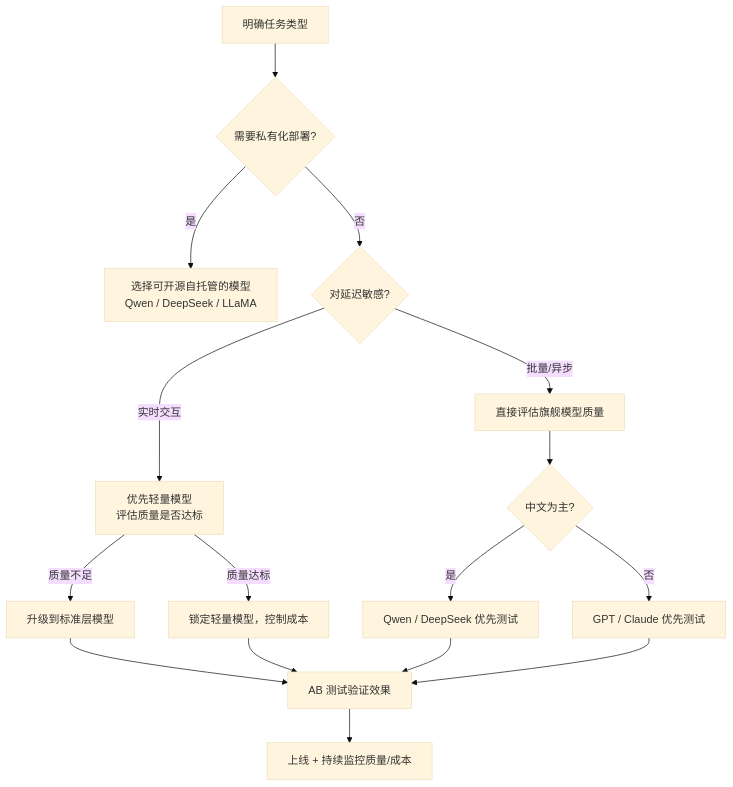
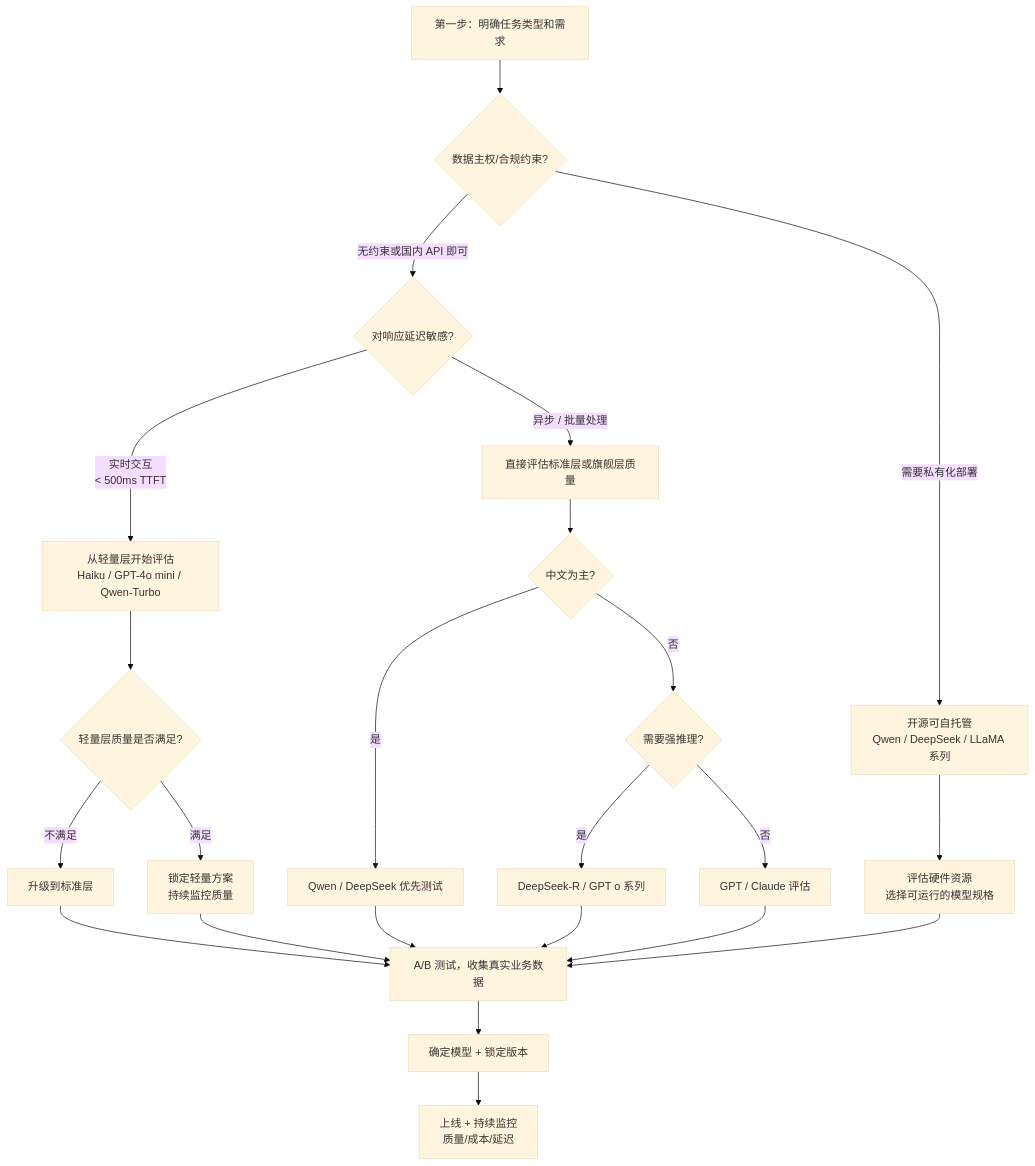
One commit to AmbitionC/front-end-journey-resource changed the third of 4 diagrams in knowledge/llm/basics/llm-model-selection.md. Above: the diagram before and after it, drawn with Mermaid (base theme). The commit also changed other lines of this file and 16 other files, not shown here.

````diff
--- a/knowledge/llm/basics/llm-model-selection.md
+++ b/knowledge/llm/basics/llm-model-selection.md
@@ -62,18 +104,31 @@
 ```mermaid
 flowchart TD
-    A[明确任务类型] --> B{需要私有化部署?}
-    B -->|是| C[选择可开源自托管的模型\nQwen / DeepSeek / LLaMA]
-    B -->|否| D{对延迟敏感?}
-    D -->|实时交互| E[优先轻量模型\n评估质量是否达标]
-    D -->|批量/异步| F[直接评估旗舰模型质量]
-    E -->|质量不足| G[升级到标准层模型]
-    E -->|质量达标| H[锁定轻量模型，控制成本]
-    F --> I{中文为主?}
-    I -->|是| J[Qwen / DeepSeek 优先测试]
-    I -->|否| K[GPT / Claude 优先测试]
-    G --> L[AB 测试验证效果]
-    H --> L
-    J --> L
-    K --> L
-    L --> M[上线 + 持续监控质量/成本]
+    A[第一步：明确任务类型和需求] --> B{数据主权/合规约束?}
+    
+    B -->|需要私有化部署| C[开源可自托管\nQwen / DeepSeek / LLaMA 系列]
+    B -->|无约束或国内 API 即可| D{对响应延迟敏感?}
+    
+    D -->|实时交互\n< 500ms TTFT| E[从轻量层开始评估\nHaiku / GPT-4o mini / Qwen-Turbo]
+    D -->|异步 / 批量处理| F[直接评估标准层或旗舰层质量]
+    
+    E --> G{轻量层质量是否满足?}
+    G -->|满足| H[锁定轻量方案\n持续监控质量]
+    G -->|不满足| I[升级到标准层]
+    
+    F --> J{中文为主?}
+    J -->|是| K[Qwen / DeepSeek 优先测试]
+    J -->|否| L{需要强推理?}
+    L -->|是| M[DeepSeek-R / GPT o 系列]
+    L -->|否| N[GPT / Claude 评估]
+    
+    C --> O[评估硬件资源\n选择可运行的模型规格]
+    I --> P[A/B 测试，收集真实业务数据]
+    H --> P
+    K --> P
+    M --> P
+    N --> P
+    O --> P
+    
+    P --> Q[确定模型 + 锁定版本]
+    Q --> R[上线 + 持续监控\n质量/成本/延迟]
 ```
````
